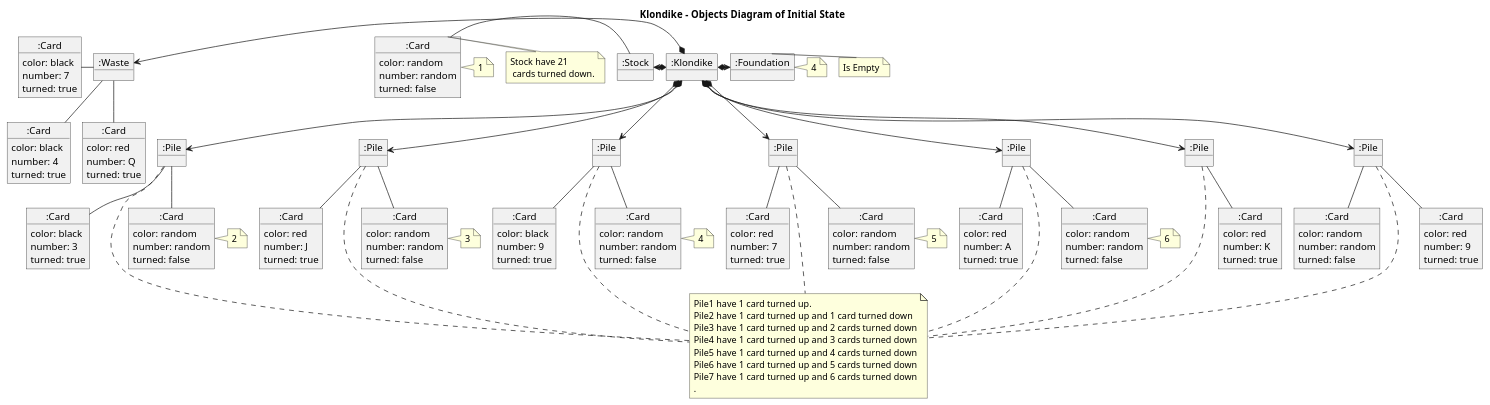
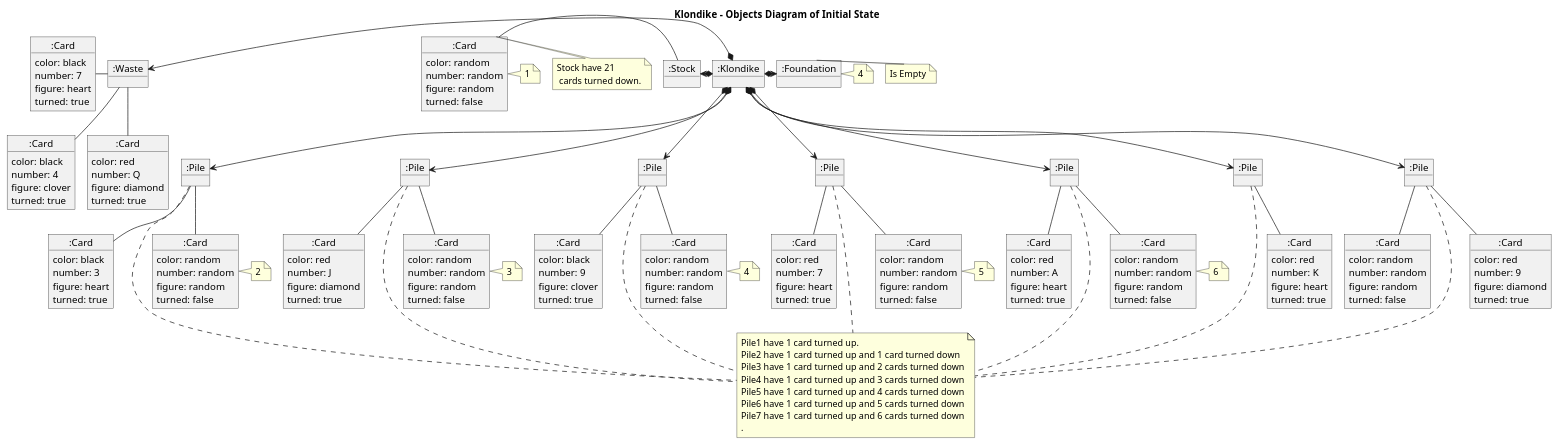
The diagram in 1 Modelo de Dominio/02_Diagrama de objetos estado inicial.plantuml (AngelOS95P/Maestria_IngSoftware_grupo6), drawn with PlantUML before and after one commit.

```diff
--- a/1 Modelo de Dominio/02_Diagrama de objetos estado inicial.plantuml
+++ b/1 Modelo de Dominio/02_Diagrama de objetos estado inicial.plantuml
@@ -1,183 +1,200 @@
 @startuml ObjectDiagram
 title Klondike  - Objects Diagram of Initial State
 !pragma layout smetana
 
 object ":Klondike" as Klondike
 object ":Waste" as Waste
 object ":Stock" as Stock
 object ":Pile" as Pile3
 object ":Pile" as Pile4
 object ":Pile" as Pile5
 object ":Pile" as Pile6
 object ":Pile" as Pile7
 object ":Pile" as Pile8
 object ":Pile" as Pile9
 object ":Foundation" as Foundation
 
 object ":Card" as Card1 {
     color: random
     number: random
+    figure: random
     turned: false
 }
 
 object ":Card" as Card21 {
     color: black
     number: 7
+    figure: heart
     turned: true
 }
 
 object ":Card" as Card22 {
     color: black
     number: 4
+    figure: clover
     turned: true
 }
 
 object ":Card" as Card23 {
     color: red
     number: Q
+    figure: diamond
     turned: true
 }
 
 object ":Card" as Card3 {
     color: red
     number: K
+    figure: heart
     turned: true
 }
 
 object ":Card" as Card4 {
     color: red
     number: 9
+    figure: diamond
     turned: true
 }
 
 object ":Card" as Card41 {
     color: random
     number: random
+    figure: random
     turned: false
 }
 
 object ":Card" as Card5 {
     color: black
     number: 3
+    figure: heart
     turned: true
 }
 
 object ":Card" as Card51 {
     color: random
     number: random
+    figure: random
     turned: false
 }
 
 object ":Card" as Card6 {
     color: red
     number: J
+    figure: diamond
     turned: true
 }
 
 object ":Card" as Card61 {
     color: random
     number: random
+    figure: random
     turned: false
 }
 
 object ":Card" as Card7 {
     color: black
     number: 9
+    figure: clover
     turned: true
 }
 
 object ":Card" as Card71 {
     color: random
     number: random
+    figure: random
     turned: false
 }
 
 object ":Card" as Card8 {
     color: red
     number: 7
+    figure: heart
     turned: true
 }
 
 object ":Card" as Card81 {
     color: random
     number: random
+    figure: random
     turned: false
 }
 
 object ":Card" as Card9 {
     color: red
     number: A
+    figure: heart
     turned: true
 }
 
 object ":Card" as Card91 {
     color: random
     number: random
+    figure: random
     turned: false
 }
 
 Klondike *-right-> Foundation
 Klondike *-left-> Stock
 Klondike *-left-> Waste
 note  "Is Empty" as FNote
 note "4" as FNNote
 Foundation .right FNote
 Foundation . FNNote
 Klondike *--> Pile3
 Klondike *--> Pile4
 Klondike *--> Pile5
 Klondike *--> Pile6
 Klondike *--> Pile7
 Klondike *--> Pile8
 Klondike *--> Pile9
 
 Stock -left- Card1
 note "Stock have 21\n cards turned down." as C1N
 Card1 . C1N
 
 Waste -left- Card21
 Waste -- Card22
 Waste -- Card23
 
 Pile3 -down-  Card3
 
 Pile4 --  Card4
 Pile4 --  Card41
 note "1" as C4N
 Card1 . C4N
 
 Pile5 --  Card5
 Pile5 --  Card51
 note "2" as C5N
 Card51 . C5N
 
 Pile6 --  Card6
 Pile6 --  Card61
 note "3" as C6N
 Card61 . C6N
 
 Pile7 --  Card7
 Pile7 --  Card71
 note "4" as C7N
 Card71 . C7N
 
 Pile8 --  Card8
 Pile8 --  Card81
 note "5" as C8N
 Card81 . C8N
 
 Pile9 --  Card9
 Pile9 --  Card91
 note "6" as C9N
 Card91 . C9N
 
 note "Pile1 have 1 card turned up.\nPile2 have 1 card turned up and 1 card turned down\nPile3 have 1 card turned up and 2 cards turned down\nPile4 have 1 card turned up and 3 cards turned down\nPile5 have 1 card turned up and 4 cards turned down\nPile6 have 1 card turned up and 5 cards turned down\nPile7 have 1 card turned up and 6 cards turned down\n." as PNote
 Pile3 ... PNote
 Pile4 ... PNote
 Pile5 ... PNote
 Pile6 ... PNote
 Pile7 ... PNote
 Pile8 ... PNote
 Pile9 ... PNote
 
 @enduml
```
